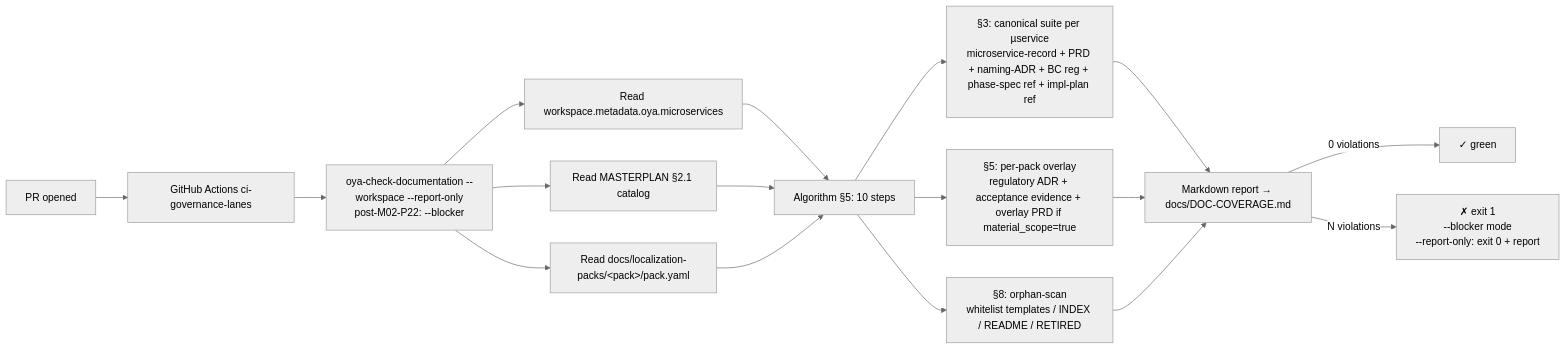
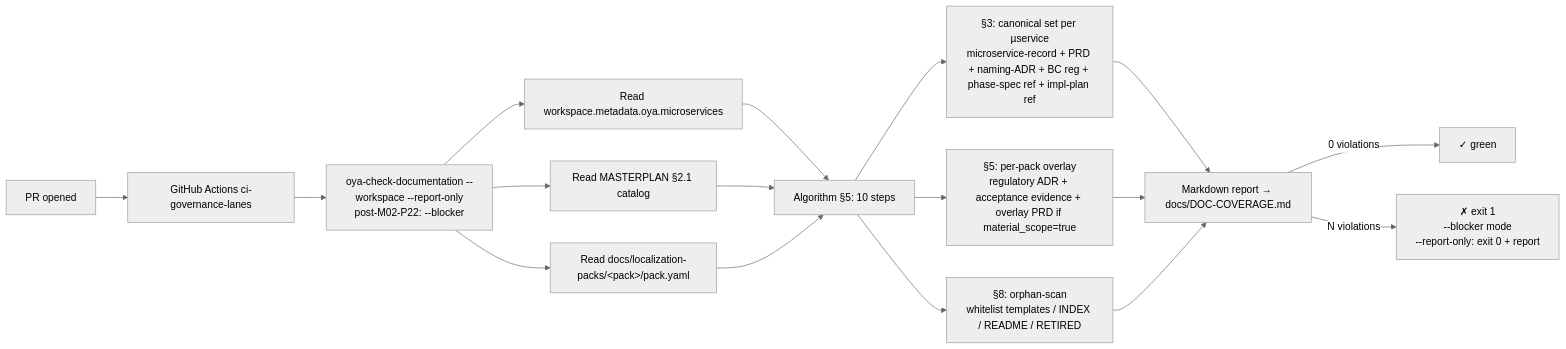
Before and after one commit to oyatie/oyatie: the fifth of 5 diagrams in docs/architecture/product-graph.md, drawn with Mermaid (neutral theme). The commit also changed other lines of this file and 4074 other files, not shown here.

````diff
--- a/docs/architecture/product-graph.md
+++ b/docs/architecture/product-graph.md
@@ -625,19 +625,19 @@
 ```mermaid
 flowchart LR
     PR[PR opened] --> CI[GitHub Actions ci-governance-lanes]
     CI --> CheckCov[oya-check-documentation --workspace --report-only<br/>post-M02-P22: --blocker]
     CheckCov --> ReadWS[Read workspace.metadata.oya.microservices]
     CheckCov --> ReadMP[Read MASTERPLAN §2.1 catalog]
     CheckCov --> ReadPack[Read docs/localization-packs/&lt;pack&gt;/pack.yaml]
     ReadWS --> Algo[Algorithm §5: 10 steps]
     ReadMP --> Algo
     ReadPack --> Algo
-    Algo --> Step3[§3: canonical suite per µservice<br/>microservice-record + PRD + naming-ADR + BC reg + phase-spec ref + impl-plan ref]
+    Algo --> Step3[§3: canonical set per µservice<br/>microservice-record + PRD + naming-ADR + BC reg + phase-spec ref + impl-plan ref]
     Algo --> Step5[§5: per-pack overlay<br/>regulatory ADR + acceptance evidence + overlay PRD if material_scope=true]
     Algo --> Step8[§8: orphan-scan<br/>whitelist templates / INDEX / README / RETIRED]
     Step3 --> Report[Markdown report → docs/DOC-COVERAGE.md]
     Step5 --> Report
     Step8 --> Report
     Report -->|0 violations| PASS[✓ green]
     Report -->|N violations| FAIL[✗ exit 1<br/>--blocker mode<br/>--report-only: exit 0 + report]
 ```
````
